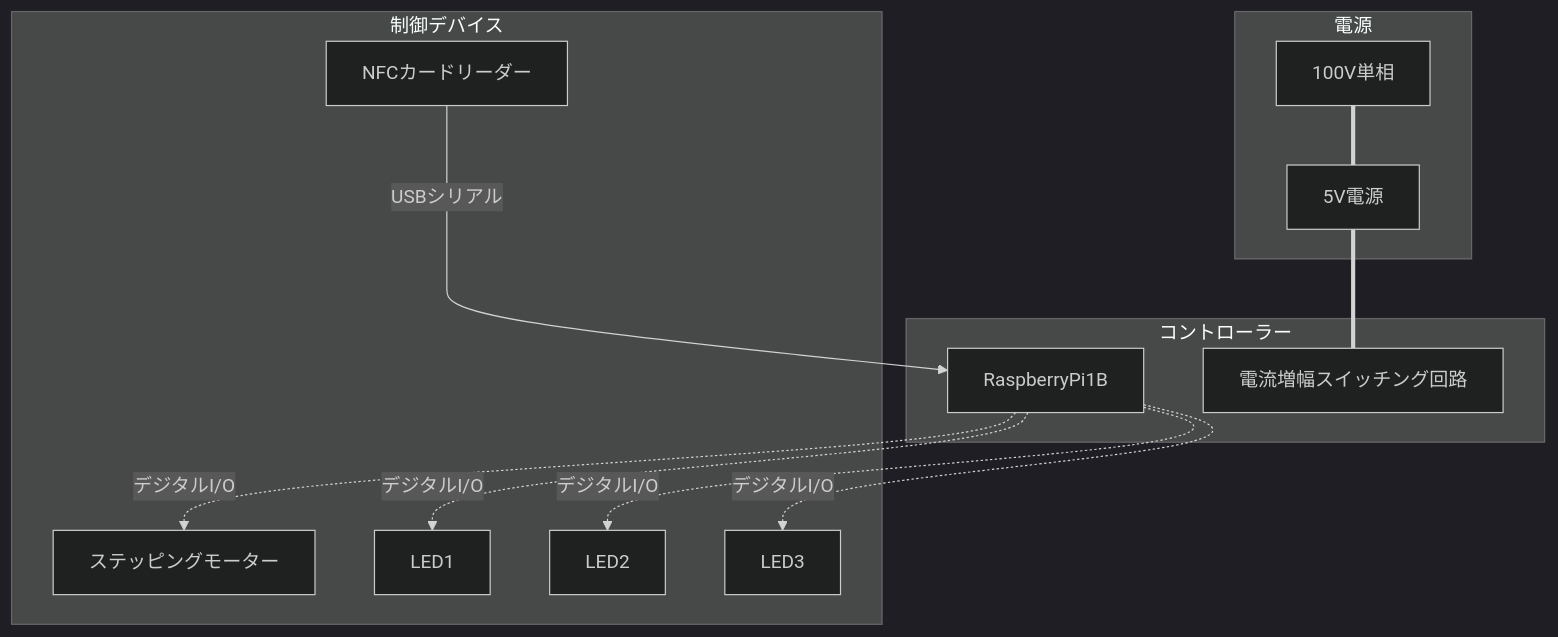
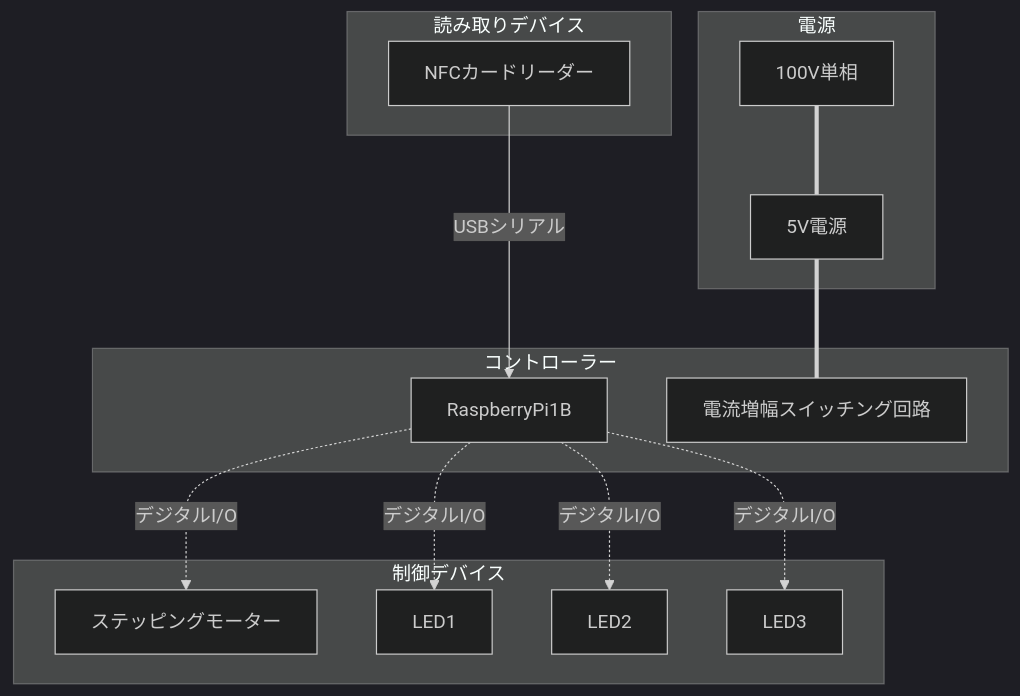
The first of 2 diagrams in memo/SystemMEMO.md (YUKI-SOKENDAI/SmartLock), drawn with Mermaid (dark theme) before and after one commit.

````diff
--- a/memo/SystemMEMO.md
+++ b/memo/SystemMEMO.md
@@ -6,25 +6,27 @@
 ```mermaid
 flowchart TD;
     subgraph コントローラー
         RaspberryPi1B;
         電流増幅スイッチング回路;
     end
     subgraph 電源
         100V単相;
         5V電源;
     end
     subgraph 制御デバイス
         ステッピングモーター;
-        NFCカードリーダー;
         LED1;
         LED2;
         LED3;
+    end
+    subgraph 読み取りデバイス
+        NFCカードリーダー;
     end
     100V単相===5V電源;
     5V電源===電流増幅スイッチング回路;
     NFCカードリーダー--->|USBシリアル|RaspberryPi1B;
     RaspberryPi1B-.デジタルI/O-.->ステッピングモーター;
     RaspberryPi1B-.デジタルI/O-.->LED1;
     RaspberryPi1B-.デジタルI/O-.->LED2;
     RaspberryPi1B-.デジタルI/O-.->LED3;
 ```
````
